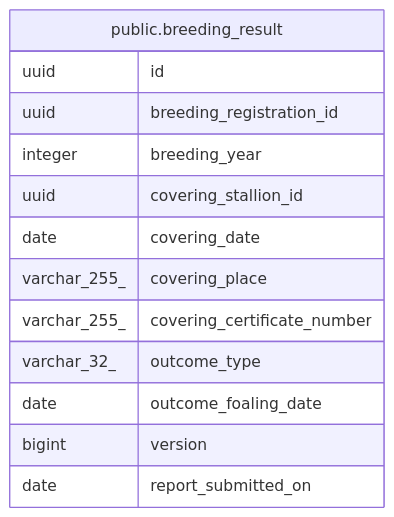
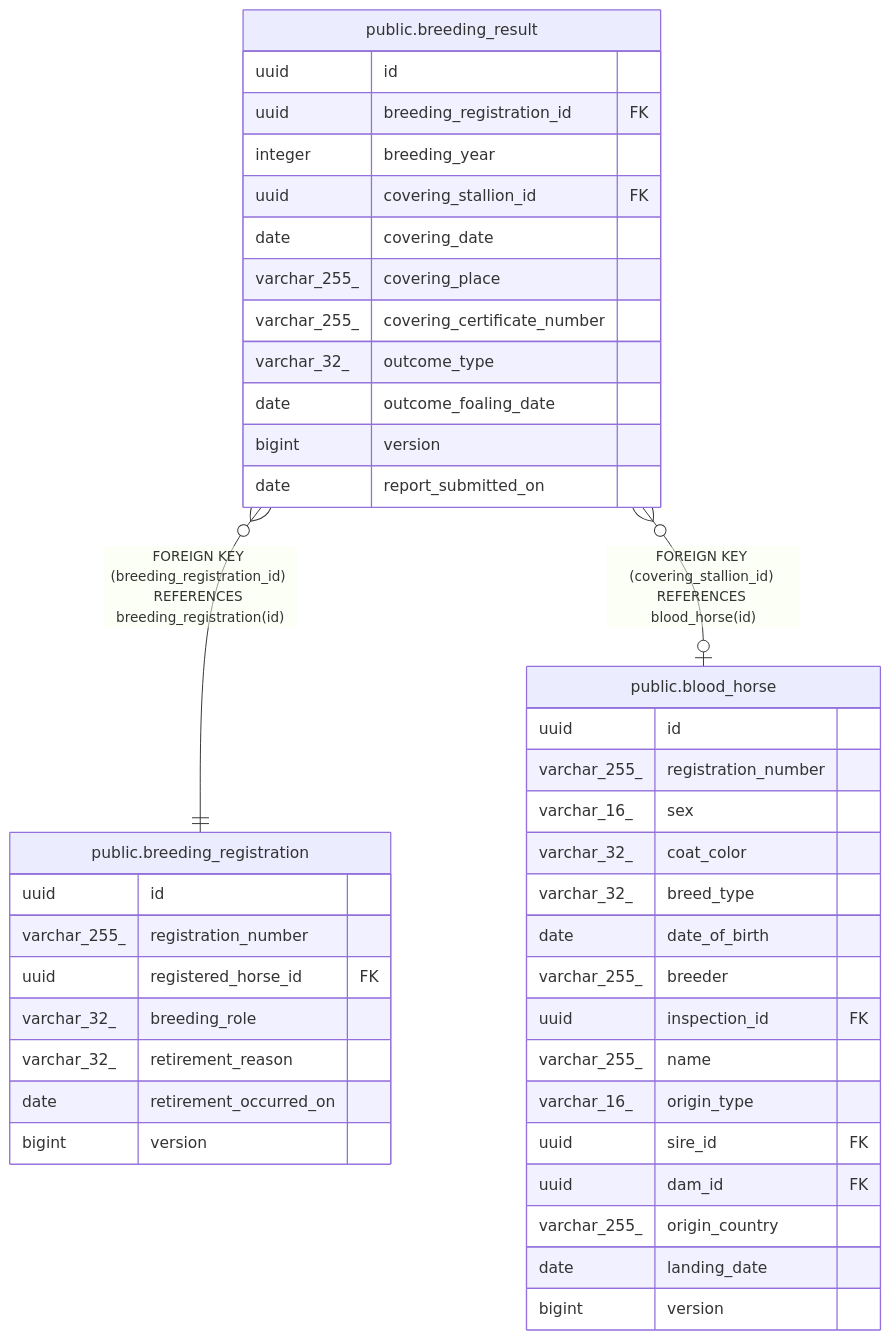
The diagram in dbdoc/public.breeding_result.md (ptiringo/toy-box), drawn with Mermaid before and after one commit. The commit also changed other lines of this file and 6 other files, not shown here.

````diff
--- a/dbdoc/public.breeding_result.md
+++ b/dbdoc/public.breeding_result.md
@@ -41,18 +45,46 @@
 ```mermaid
 erDiagram
 
+"public.breeding_result" }o--|| "public.breeding_registration" : "FOREIGN KEY (breeding_registration_id) REFERENCES breeding_registration(id)"
+"public.breeding_result" }o--o| "public.blood_horse" : "FOREIGN KEY (covering_stallion_id) REFERENCES blood_horse(id)"
 
 "public.breeding_result" {
   uuid id
-  uuid breeding_registration_id
+  uuid breeding_registration_id FK
   integer breeding_year
-  uuid covering_stallion_id
+  uuid covering_stallion_id FK
   date covering_date
   varchar_255_ covering_place
   varchar_255_ covering_certificate_number
   varchar_32_ outcome_type
   date outcome_foaling_date
   bigint version
   date report_submitted_on
 }
+"public.breeding_registration" {
+  uuid id
+  varchar_255_ registration_number
+  uuid registered_horse_id FK
+  varchar_32_ breeding_role
+  varchar_32_ retirement_reason
+  date retirement_occurred_on
+  bigint version
+}
+"public.blood_horse" {
+  uuid id
+  varchar_255_ registration_number
+  varchar_16_ sex
+  varchar_32_ coat_color
+  varchar_32_ breed_type
+  date date_of_birth
+  varchar_255_ breeder
+  uuid inspection_id FK
+  varchar_255_ name
+  varchar_16_ origin_type
+  uuid sire_id FK
+  uuid dam_id FK
+  varchar_255_ origin_country
+  date landing_date
+  bigint version
+}
 ```
````
